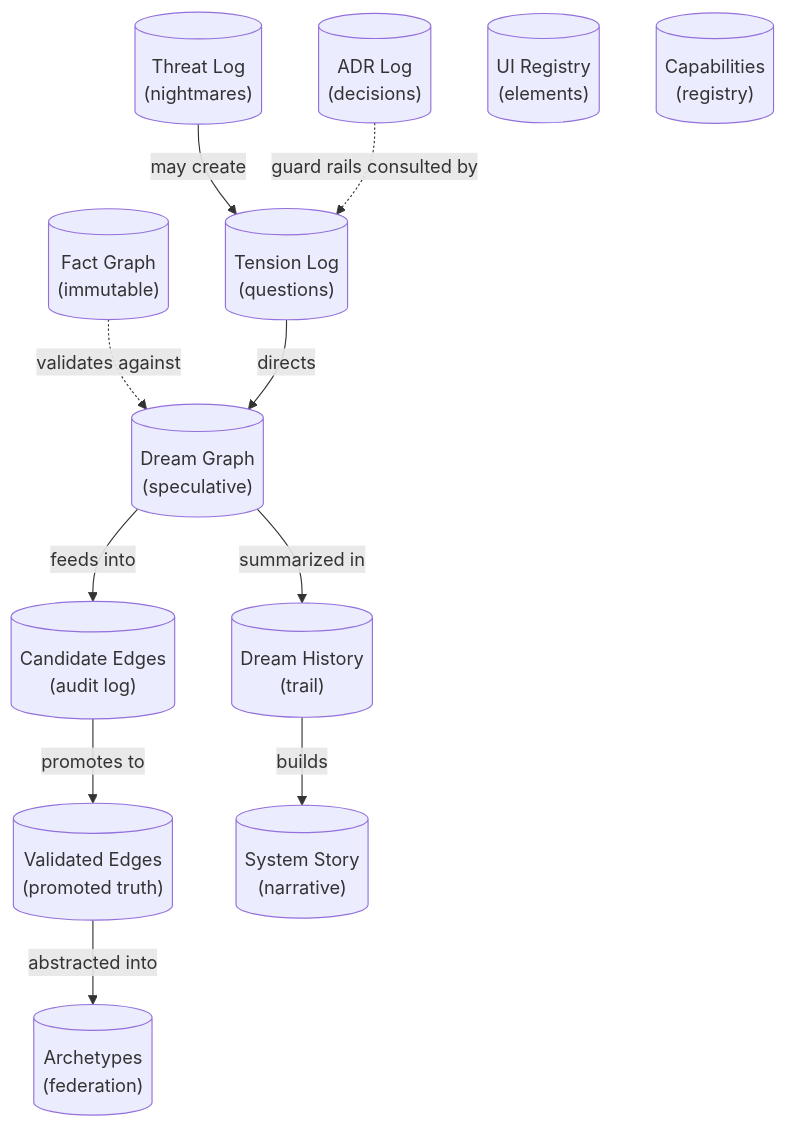
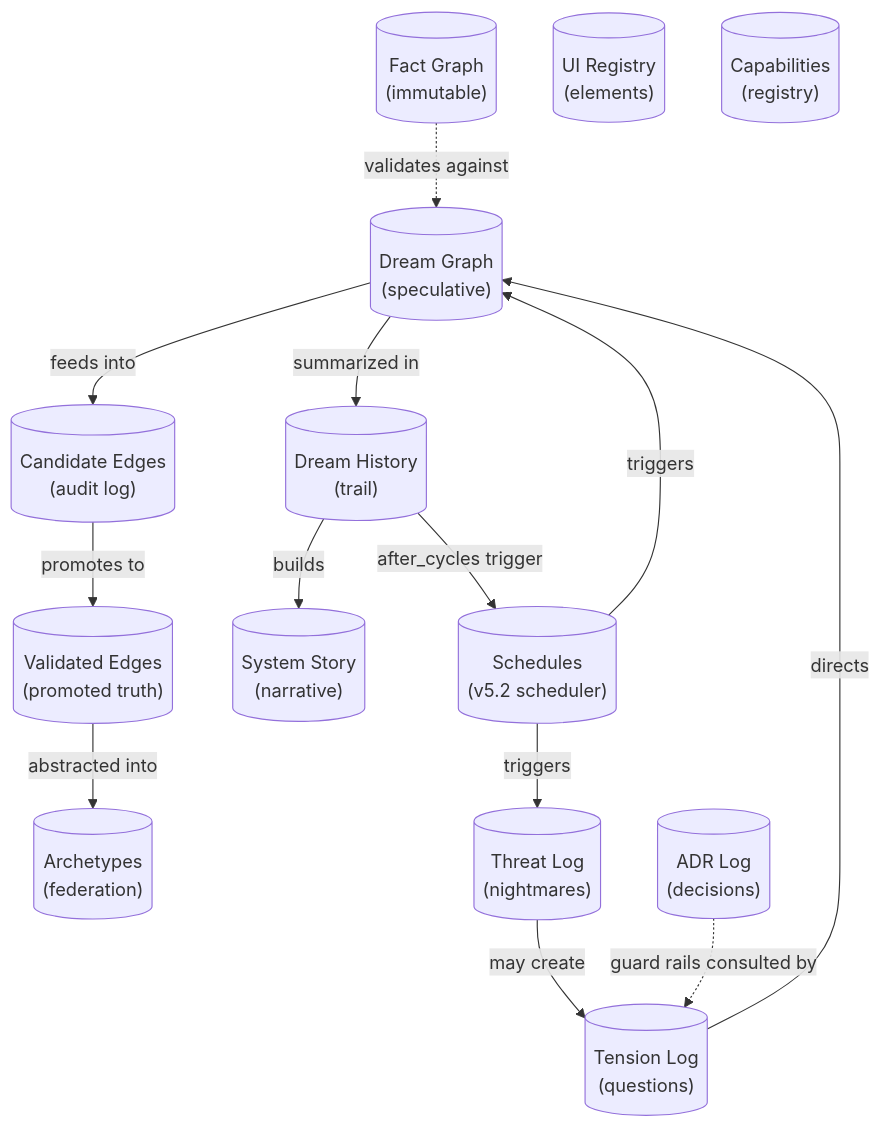
One commit to mmethodz/dreamgraph changed the diagram in docs/data-model.md. Above: the diagram before and after it, drawn with Mermaid. The commit also changed other lines of this file and 5 other files, not shown here.

````diff
--- a/docs/data-model.md
+++ b/docs/data-model.md
@@ -9,25 +9,29 @@
 ```mermaid
 graph TB
     FG[("Fact Graph<br/>(immutable)")]
     DG[("Dream Graph<br/>(speculative)")]
     CE[("Candidate Edges<br/>(audit log)")]
     VE[("Validated Edges<br/>(promoted truth)")]
     TL[("Tension Log<br/>(questions)")]
     DH[("Dream History<br/>(trail)")]
     TH[("Threat Log<br/>(nightmares)")]
     AR[("Archetypes<br/>(federation)")]
     ADR[("ADR Log<br/>(decisions)")]
     UI[("UI Registry<br/>(elements)")]
     ST[("System Story<br/>(narrative)")]
     CAP[("Capabilities<br/>(registry)")]
+    SCH[("Schedules<br/>(v5.2 scheduler)")]
 
     FG -.->|validates against| DG
     DG -->|feeds into| CE
     CE -->|promotes to| VE
     VE -->|abstracted into| AR
     DG -->|summarized in| DH
     DH -->|builds| ST
     TL -->|directs| DG
     TH -->|may create| TL
     ADR -.->|guard rails consulted by| TL
+    SCH -->|triggers| DG
+    SCH -->|triggers| TH
+    DH -->|after_cycles trigger| SCH
 ```
````
